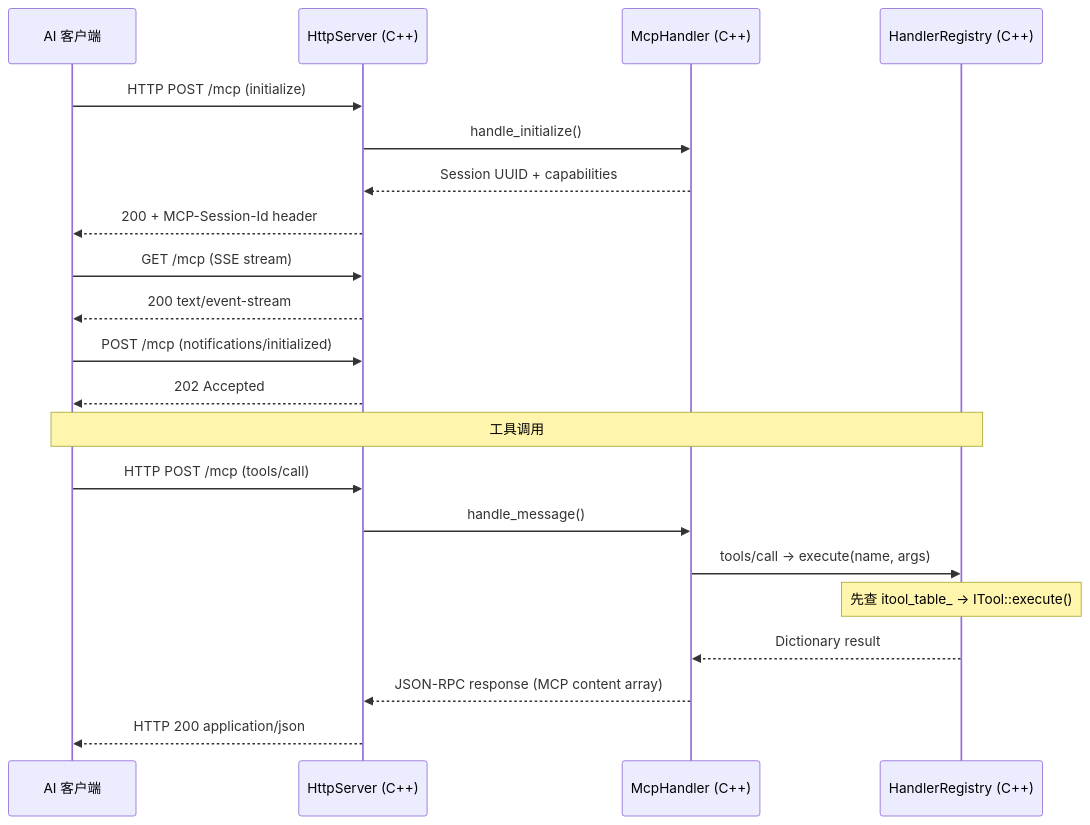
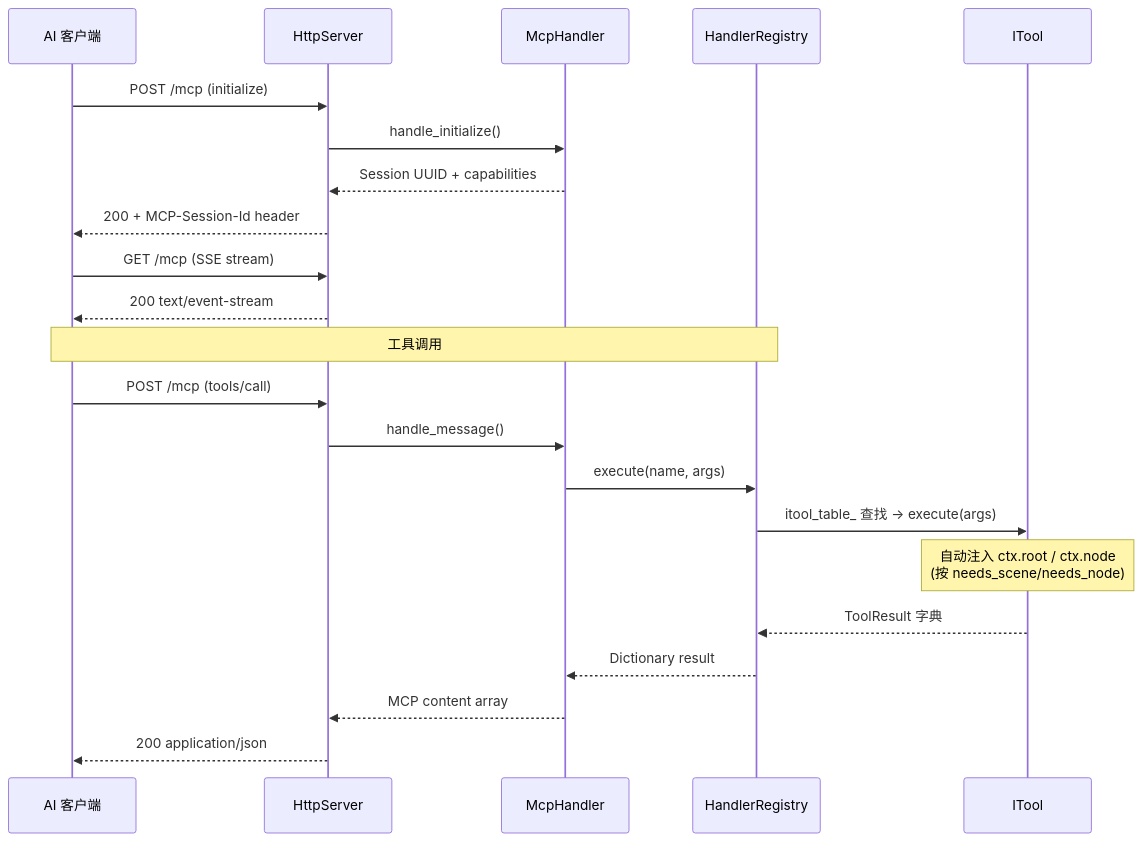
The second of 3 diagrams in .repo_wiki/overview/architecture.md (jesspig/GodotMCP-GDExtension), drawn with Mermaid before and after one commit. The commit also changed other lines of this file and 25 other files, not shown here.

````diff
--- a/.repo_wiki/overview/architecture.md
+++ b/.repo_wiki/overview/architecture.md
@@ -52,28 +43,24 @@
 ```mermaid
 sequenceDiagram
     participant AI as AI 客户端
-    participant H as HttpServer (C++)
-    participant M as McpHandler (C++)
-    participant G as HandlerRegistry (C++)
-    
-    AI->>H: HTTP POST /mcp (initialize)
+    participant H as HttpServer
+    participant M as McpHandler
+    participant G as HandlerRegistry
+    participant T as ITool
+    AI->>H: POST /mcp (initialize)
     H->>M: handle_initialize()
     M-->>H: Session UUID + capabilities
     H-->>AI: 200 + MCP-Session-Id header
-    
     AI->>H: GET /mcp (SSE stream)
     H-->>AI: 200 text/event-stream
-    
-    AI->>H: POST /mcp (notifications/initialized)
-    H-->>AI: 202 Accepted
-    
     Note over AI,G: 工具调用
-    
-    AI->>H: HTTP POST /mcp (tools/call)
+    AI->>H: POST /mcp (tools/call)
     H->>M: handle_message()
-    M->>G: tools/call → execute(name, args)
-    Note over G: 先查 itool_table_ → ITool::execute()
+    M->>G: execute(name, args)
+    G->>T: itool_table_ 查找 → execute(args)
+    Note over T: 自动注入 ctx.root / ctx.node<br/>(按 needs_scene/needs_node)
+    T-->>G: ToolResult 字典
     G-->>M: Dictionary result
-    M-->>H: JSON-RPC response (MCP content array)
-    H-->>AI: HTTP 200 application/json
+    M-->>H: MCP content array
+    H-->>AI: 200 application/json
 ```
````
